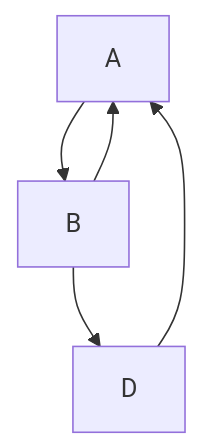
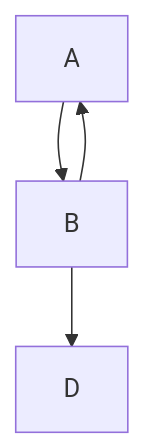
Before and after one commit to tobdos/ghpages-dogygen: the diagram in docs/index.md, drawn with Mermaid.

````diff
--- a/docs/index.md
+++ b/docs/index.md
@@ -15,7 +15,6 @@
 ```mermaid
 graph TD;
     A-->B;
     B-->A;
     B-->D;
-    D-->A;
 ```
````
